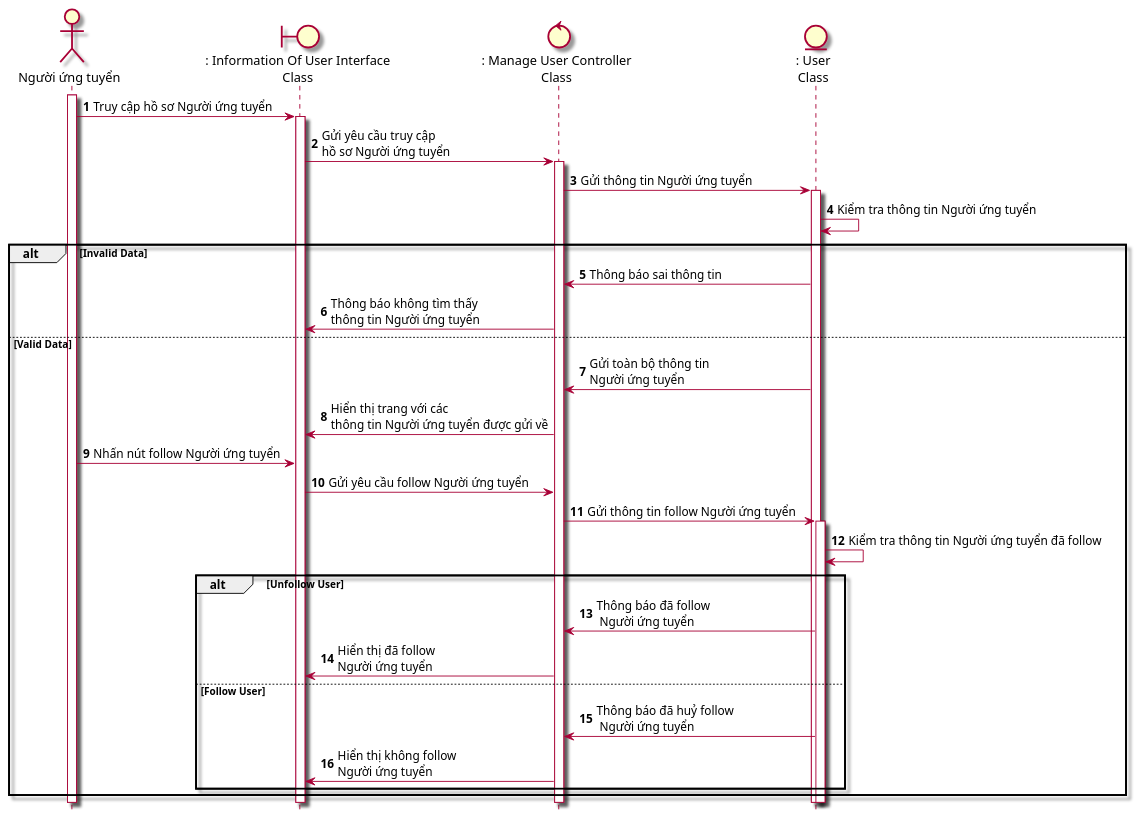
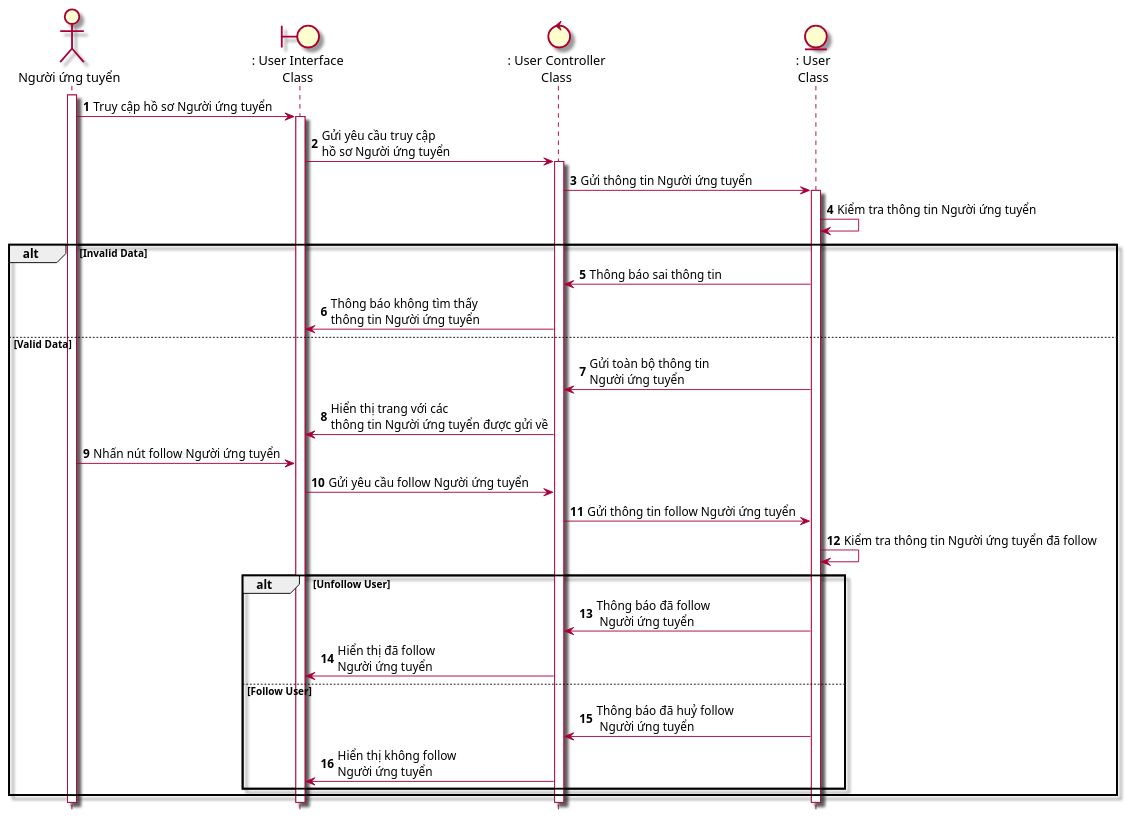
One commit to Griselda4774/EAS-EmploymentAssistanceSystem changed the diagram in Lab1/Lab 1.2 Diagram/Sequence/FilePUML/3.2 SeqTheoDoiNguoiUngTuyen.puml. Above: the diagram before and after it, drawn with PlantUML. The commit also changed 9 other files, not shown here.

```diff
--- a/Lab1/Lab 1.2 Diagram/Sequence/FilePUML/3.2 SeqTheoDoiNguoiUngTuyen.puml
+++ b/Lab1/Lab 1.2 Diagram/Sequence/FilePUML/3.2 SeqTheoDoiNguoiUngTuyen.puml
@@ -1,32 +1,32 @@
 @startuml SeqTheoDoiCongTyTuyenDung
 skin rose 
 hide footbox
 actor nguoiUngTuyen as "Người ứng tuyển"
-boundary informationOfUserInterface as ": Information Of User Interface\nClass"
-control manageUserController as ": Manage User Controller\nClass"
+boundary userInterface as ": User Interface\nClass"
+control userController as ": User Controller\nClass"
 entity User as ": User\nClass"
 nguoiUngTuyen++
 autonumber
-nguoiUngTuyen -> informationOfUserInterface++: Truy cập hồ sơ Người ứng tuyển
-informationOfUserInterface -> manageUserController++: Gửi yêu cầu truy cập \nhồ sơ Người ứng tuyển 
-manageUserController -> User++: Gửi thông tin Người ứng tuyển
+nguoiUngTuyen -> userInterface++: Truy cập hồ sơ Người ứng tuyển
+userInterface -> userController++: Gửi yêu cầu truy cập \nhồ sơ Người ứng tuyển 
+userController -> User++: Gửi thông tin Người ứng tuyển
 User -> User: Kiểm tra thông tin Người ứng tuyển 
 alt Invalid Data
-User -> manageUserController: Thông báo sai thông tin
-manageUserController-> informationOfUserInterface: Thông báo không tìm thấy\nthông tin Người ứng tuyển
+User -> userController: Thông báo sai thông tin
+userController-> userInterface: Thông báo không tìm thấy\nthông tin Người ứng tuyển
 else Valid Data
-User -> manageUserController: Gửi toàn bộ thông tin \nNgười ứng tuyển
-manageUserController -> informationOfUserInterface: Hiển thị trang với các \nthông tin Người ứng tuyển được gửi về
-nguoiUngTuyen -> informationOfUserInterface: Nhấn nút follow Người ứng tuyển
-informationOfUserInterface -> manageUserController: Gửi yêu cầu follow Người ứng tuyển
-manageUserController -> User++: Gửi thông tin follow Người ứng tuyển
+User -> userController: Gửi toàn bộ thông tin \nNgười ứng tuyển
+userController -> userInterface: Hiển thị trang với các \nthông tin Người ứng tuyển được gửi về
+nguoiUngTuyen -> userInterface: Nhấn nút follow Người ứng tuyển
+userInterface -> userController: Gửi yêu cầu follow Người ứng tuyển
+userController -> User: Gửi thông tin follow Người ứng tuyển
 User -> User: Kiểm tra thông tin Người ứng tuyển đã follow
     alt Unfollow User
-        User -> manageUserController: Thông báo đã follow\n Người ứng tuyển
-        manageUserController->informationOfUserInterface: Hiển thị đã follow \nNgười ứng tuyển 
+        User -> userController: Thông báo đã follow\n Người ứng tuyển
+        userController->userInterface: Hiển thị đã follow \nNgười ứng tuyển 
     else Follow User
-        User -> manageUserController: Thông báo đã huỷ follow\n Người ứng tuyển 
-        manageUserController->informationOfUserInterface: Hiển thị không follow \nNgười ứng tuyển 
+        User -> userController: Thông báo đã huỷ follow\n Người ứng tuyển 
+        userController->userInterface: Hiển thị không follow \nNgười ứng tuyển 
     end
 end
 @enduml
```
